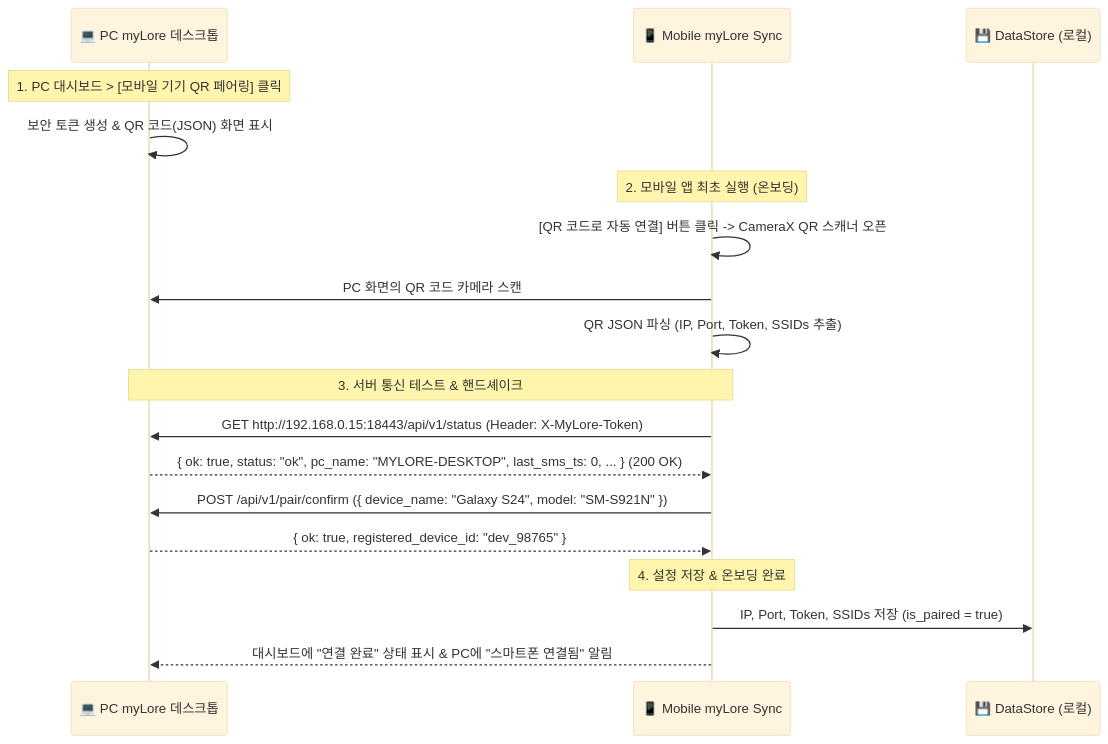
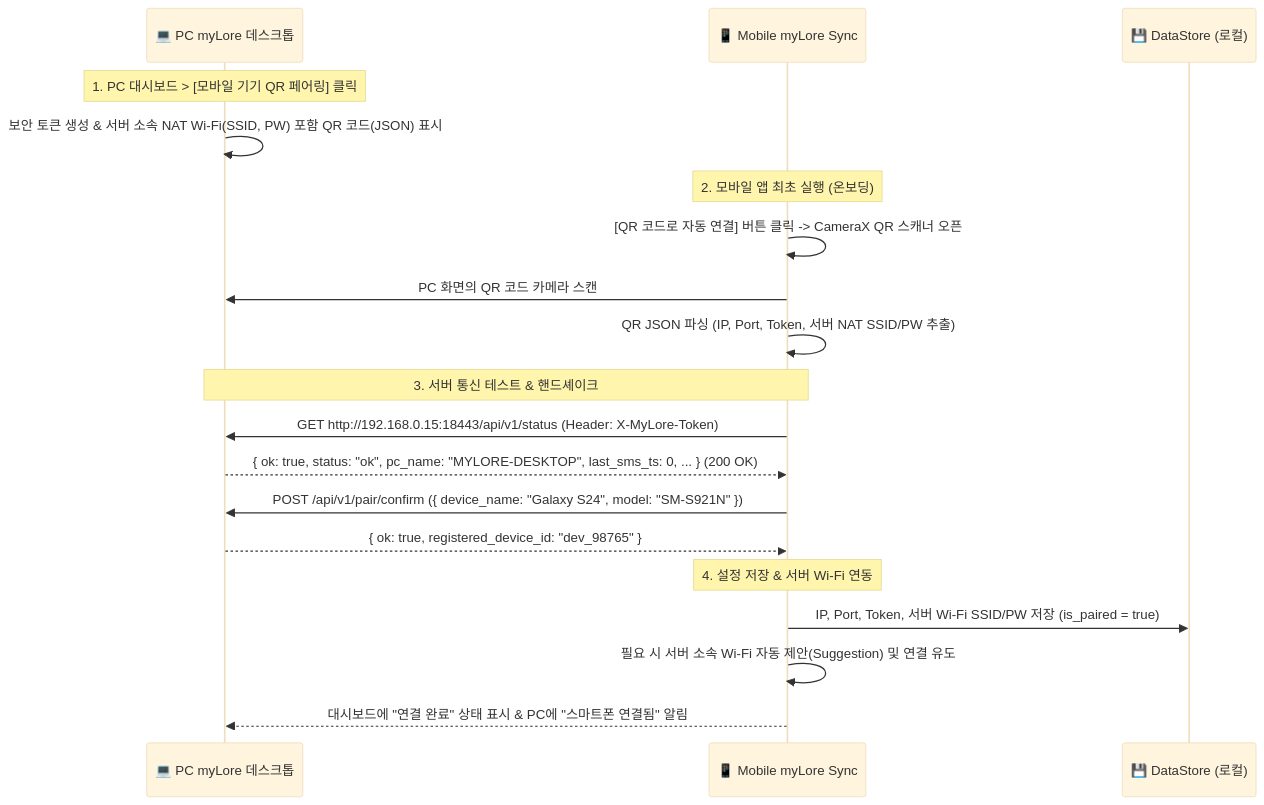
The diagram in MYLORE_SYNC_SPEC.md (iseohyun/myLore-Sync), drawn with Mermaid (base theme) before and after one commit. The commit also changed other lines of this file and 8 other files, not shown here.

Commit message:
feat: remove allowed ssid list, use server nat wifi from qr code and support one-click connection

````diff
--- a/MYLORE_SYNC_SPEC.md
+++ b/MYLORE_SYNC_SPEC.md
@@ -65,25 +66,26 @@
 ```mermaid
 sequenceDiagram
     participant PC as 💻 PC myLore 데스크톱
     participant App as 📱 Mobile myLore Sync
     participant DS as 💾 DataStore (로컬)
 
     Note over PC: 1. PC 대시보드 > [모바일 기기 QR 페어링] 클릭
-    PC->>PC: 보안 토큰 생성 & QR 코드(JSON) 화면 표시
+    PC->>PC: 보안 토큰 생성 & 서버 소속 NAT Wi-Fi(SSID, PW) 포함 QR 코드(JSON) 표시
 
     Note over App: 2. 모바일 앱 최초 실행 (온보딩)
     App->>App: [QR 코드로 자동 연결] 버튼 클릭 -> CameraX QR 스캐너 오픈
     App->>PC: PC 화면의 QR 코드 카메라 스캔
-    App->>App: QR JSON 파싱 (IP, Port, Token, SSIDs 추출)
+    App->>App: QR JSON 파싱 (IP, Port, Token, 서버 NAT SSID/PW 추출)
 
     Note over App,PC: 3. 서버 통신 테스트 & 핸드셰이크
     App->>PC: GET http://192.168.0.15:18443/api/v1/status (Header: X-MyLore-Token)
     PC-->>App: { ok: true, status: "ok", pc_name: "MYLORE-DESKTOP", last_sms_ts: 0, ... } (200 OK)
 
     App->>PC: POST /api/v1/pair/confirm ({ device_name: "Galaxy S24", model: "SM-S921N" })
     PC-->>App: { ok: true, registered_device_id: "dev_98765" }
 
-    Note over App: 4. 설정 저장 & 온보딩 완료
-    App->>DS: IP, Port, Token, SSIDs 저장 (is_paired = true)
+    Note over App: 4. 설정 저장 & 서버 Wi-Fi 연동
+    App->>DS: IP, Port, Token, 서버 Wi-Fi SSID/PW 저장 (is_paired = true)
+    App->>App: 필요 시 서버 소속 Wi-Fi 자동 제안(Suggestion) 및 연결 유도
     App-->>PC: 대시보드에 "연결 완료" 상태 표시 & PC에 "스마트폰 연결됨" 알림
 ```
````
